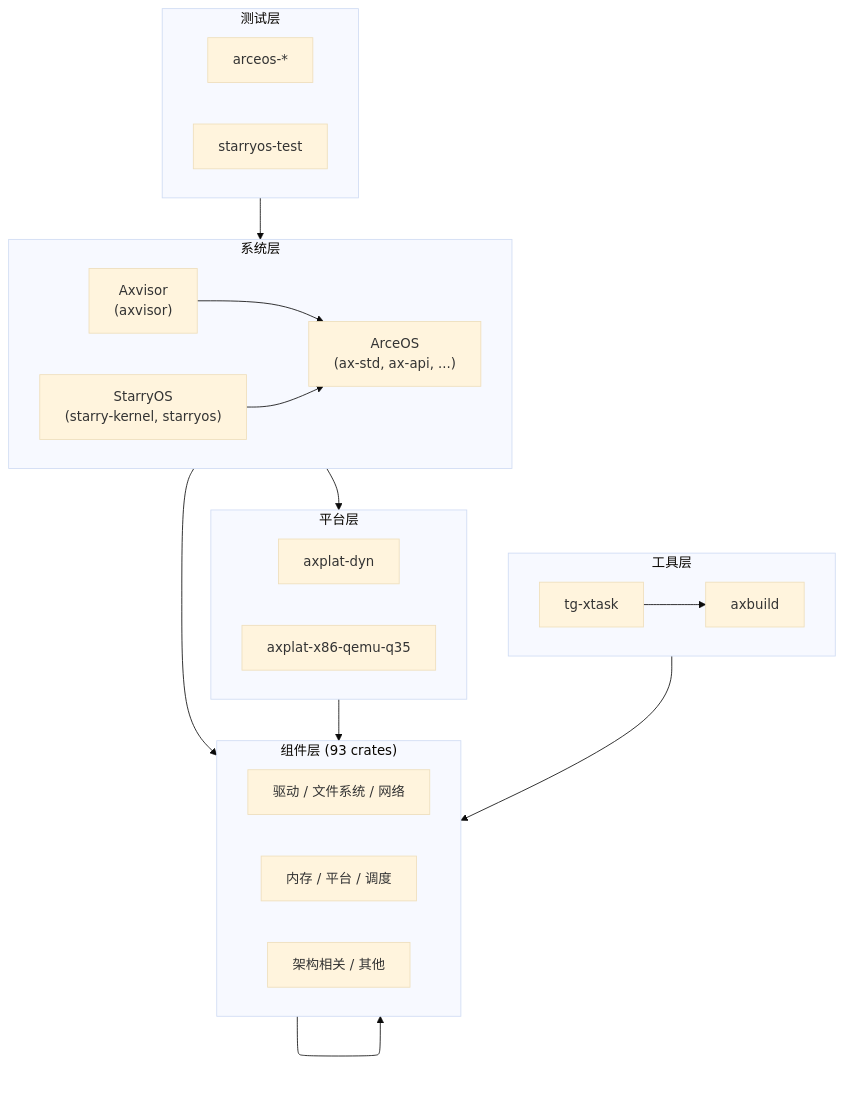
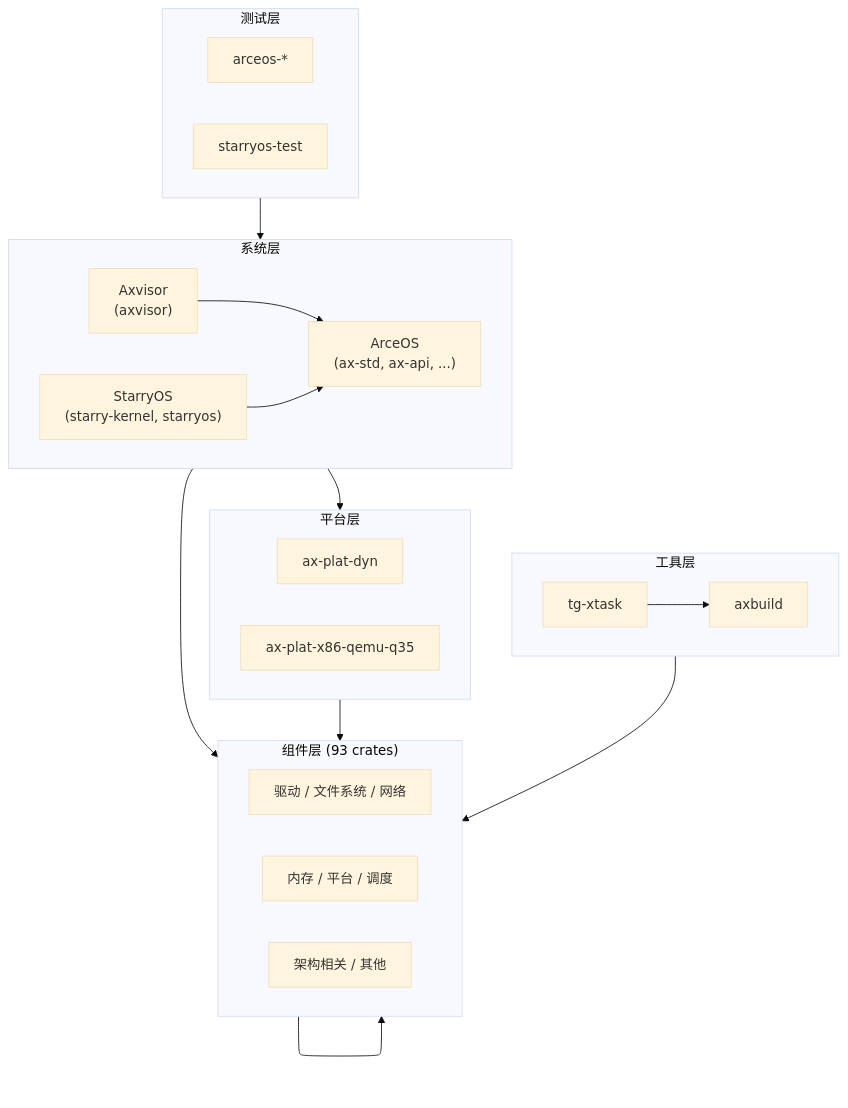
The diagram in docs/docs/components/overview.md (rcore-os/tgoskits), drawn with Mermaid (base theme) before and after one commit. The commit also changed other lines of this file and 343 other files, not shown here.

First line of the commit message:
Implement platform-specific IRQ handling and architecture setup (#979)

````diff
--- a/docs/docs/components/overview.md
+++ b/docs/docs/components/overview.md
@@ -26,40 +26,40 @@
 ```mermaid
 flowchart TB
     subgraph sg_test["测试层"]
         direction LR
         t1["arceos-*"]
         t2["starryos-test"]
     end
     subgraph sg_os["系统层"]
         direction LR
         s1["ArceOS\n(ax-std, ax-api, ...)"]
         s2["StarryOS\n(starry-kernel, starryos)"]
         s3["Axvisor\n(axvisor)"]
     end
     subgraph sg_tool["工具层"]
         direction LR
         tl1["axbuild"]
         tl2["tg-xtask"]
     end
     subgraph sg_plat["平台层"]
         direction LR
-        p1["axplat-dyn"]
-        p2["axplat-x86-qemu-q35"]
+        p1["ax-plat-dyn"]
+        p2["ax-plat-x86-qemu-q35"]
     end
     subgraph sg_comp["组件层 (93 crates)"]
         direction LR
         c1["驱动 / 文件系统 / 网络"]
         c2["内存 / 平台 / 调度"]
         c3["架构相关 / 其他"]
     end
 
     sg_test --> sg_os
     s3 --> s1
     s2 --> s1
     sg_os --> sg_plat
     sg_os --> sg_comp
     sg_plat --> sg_comp
     tl2 --> tl1
     tl1 --> sg_comp
     sg_comp --> sg_comp
 ```
````
